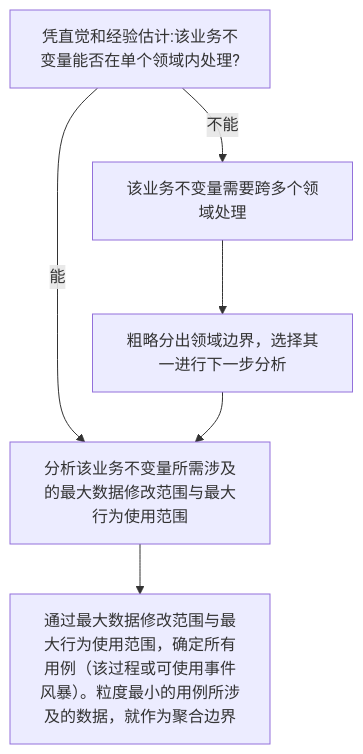
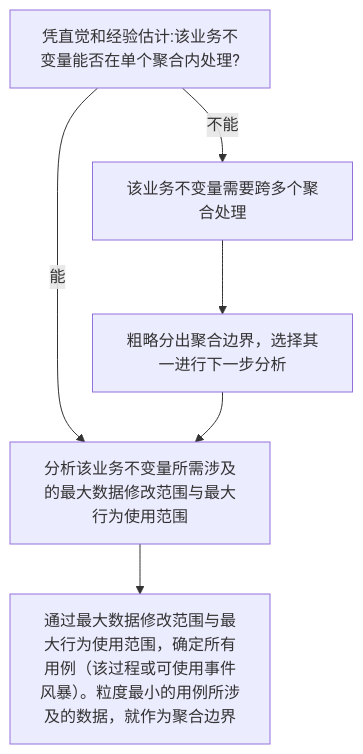
One commit to eekspeed/Inkless changed the diagram in 面向演化的 DDD × 组件化开发指导文档.md. Above: the diagram before and after it, drawn with Mermaid. The commit also changed other lines of this file, not shown here.

````diff
--- a/面向演化的 DDD × 组件化开发指导文档.md
+++ b/面向演化的 DDD × 组件化开发指导文档.md
@@ -64,8 +138,8 @@
 ```mermaid
 flowchart TD
-    A[凭直觉和经验估计:该业务不变量能否在单个领域内处理?] -->|能| B[分析该业务不变量所需涉及的最大数据修改范围与最大行为使用范围]
+    A[凭直觉和经验估计:该业务不变量能否在单个聚合内处理?] -->|能| B[分析该业务不变量所需涉及的最大数据修改范围与最大行为使用范围]
     B --> D[通过最大数据修改范围与最大行为使用范围，确定所有用例（该过程或可使用事件风暴）。粒度最小的用例所涉及的数据，就作为聚合边界]
-    A -->|不能| C[该业务不变量需要跨多个领域处理]
-    C --> E[粗略分出领域边界，选择其一进行下一步分析]
+    A -->|不能| C[该业务不变量需要跨多个聚合处理]
+    C --> E[粗略分出聚合边界，选择其一进行下一步分析]
     E --> B
 ```
````
